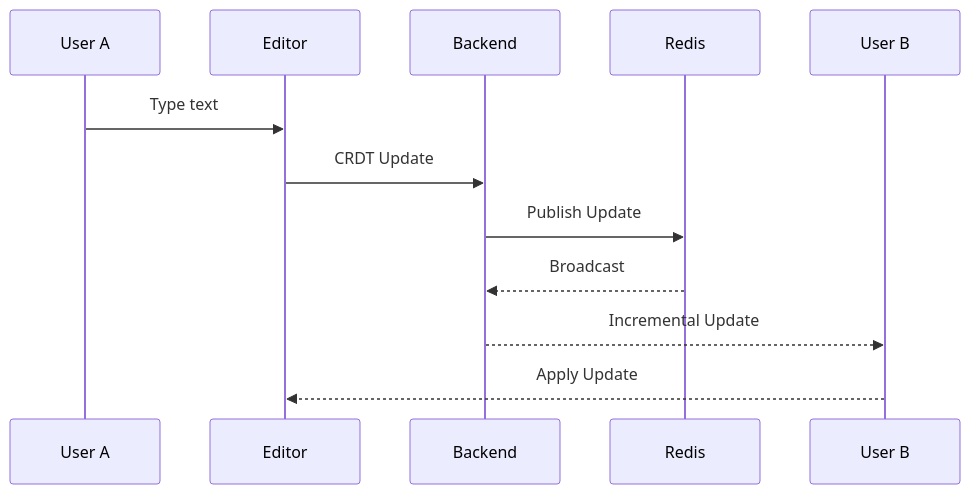
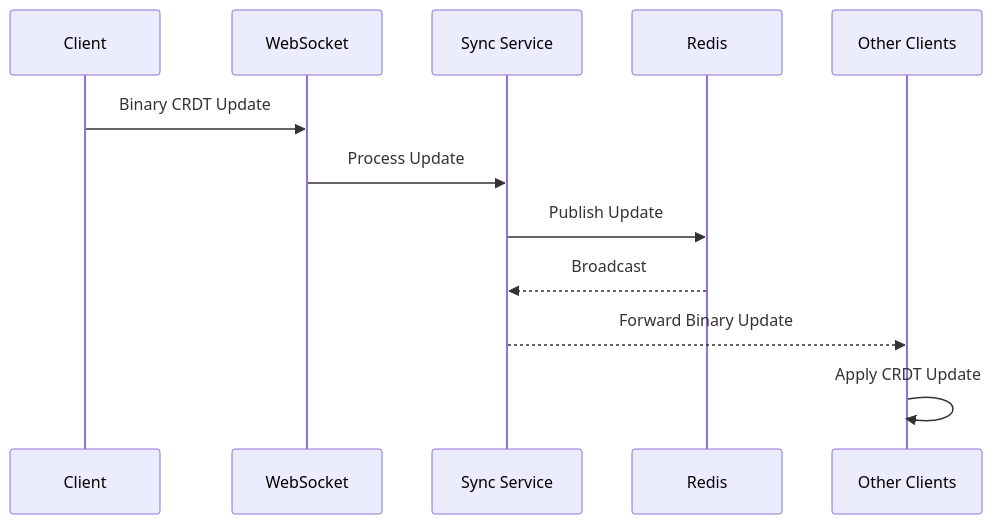
Before and after one commit to Abhijayapal/collaborative-document-editor: the second of 3 diagrams in README.md, drawn with Mermaid. The commit also changed other lines of this file, not shown here.

````diff
--- a/README.md
+++ b/README.md
@@ -142,21 +181,21 @@
 ```mermaid
 sequenceDiagram
 
-participant User A
-participant Editor
-participant Backend
+participant Client
+participant WebSocket
+participant Sync Service
 participant Redis
-participant User B
+participant Other Clients
 
-User A->>Editor: Type text
+Client->>WebSocket: Binary CRDT Update
 
-Editor->>Backend: CRDT Update
+WebSocket->>Sync Service: Process Update
 
-Backend->>Redis: Publish Update
+Sync Service->>Redis: Publish Update
 
-Redis-->>Backend: Broadcast
+Redis-->>Sync Service: Broadcast
 
-Backend-->>User B: Incremental Update
+Sync Service-->>Other Clients: Forward Binary Update
 
-User B-->>Editor: Apply Update
+Other Clients->>Other Clients: Apply CRDT Update
 ```
````
